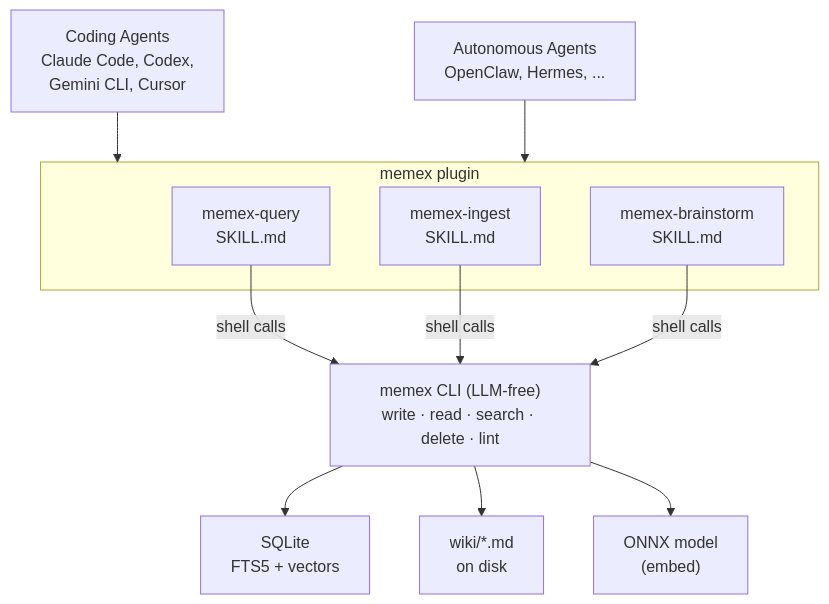
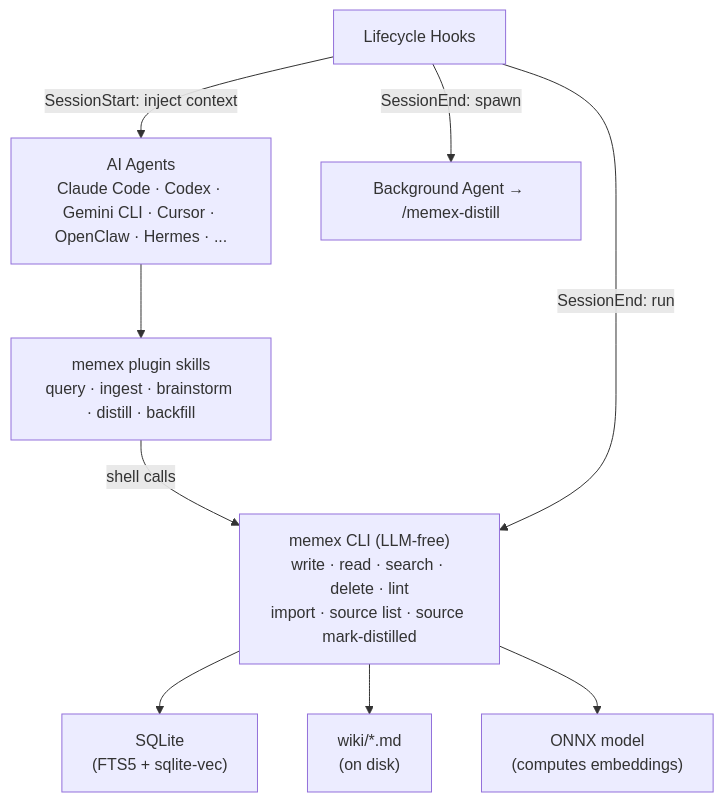
The first of 12 diagrams in docs/superpowers/specs/2026-04-07-memex-design.md (xiongzubiao/memex), drawn with Mermaid before and after one commit. The commit also changed other lines of this file and 58 other files, not shown here.

````diff
--- a/docs/superpowers/specs/2026-04-07-memex-design.md
+++ b/docs/superpowers/specs/2026-04-07-memex-design.md
@@ -20,21 +44,12 @@
 ```mermaid
 graph TD
-    CA["Coding Agents<br/>Claude Code, Codex,<br/>Gemini CLI, Cursor"] --> P
-    AA["Autonomous Agents<br/>OpenClaw, Hermes, ..."] --> P
-
-    subgraph P["memex plugin"]
-        Q["memex-query<br/>SKILL.md"]
-        I["memex-ingest<br/>SKILL.md"]
-        B["memex-brainstorm<br/>SKILL.md"]
-    end
-
-    Q -->|shell calls| CLI
-    I -->|shell calls| CLI
-    B -->|shell calls| CLI
-
-    CLI["memex CLI (LLM-free)<br/>write · read · search · delete · lint"]
-
-    CLI --> SQLite["SQLite<br/>FTS5 + vectors"]
-    CLI --> Wiki["wiki/*.md<br/>on disk"]
-    CLI --> Model["ONNX model<br/>(embed)"]
+    Agents["AI Agents<br/>Claude Code · Codex · Gemini CLI · Cursor · OpenClaw · Hermes · ..."]
+    Agents --> Skills["memex plugin skills<br/>query · ingest · brainstorm · distill · backfill"]
+    Skills -->|"shell calls"| CLI["memex CLI (LLM-free)<br/>write · read · search · delete · lint<br/>import · source list · source mark-distilled"]
+    CLI --> SQLite["SQLite<br/>(FTS5 + sqlite-vec)"]
+    CLI --> Wiki["wiki/*.md<br/>(on disk)"]
+    CLI --> Model["ONNX model<br/>(computes embeddings)"]
+    Hooks["Lifecycle Hooks"] -->|"SessionEnd: run"| CLI
+    Hooks -->|"SessionEnd: spawn"| BG["Background Agent → /memex-distill"]
+    Hooks -->|"SessionStart: inject context"| Agents
 ```
````
